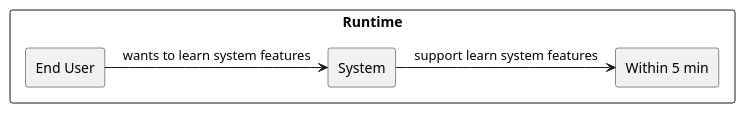
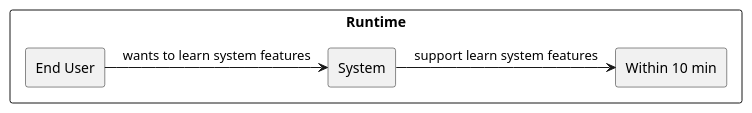
The fifth of 12 diagrams in src/sa/model/index.md (USI-MSDE-SA-2022/software-architecture-model-tmshts), drawn with PlantUML before and after one commit. The commit also changed other lines of this file, not shown here.

````diff
--- a/src/sa/model/index.md
+++ b/src/sa/model/index.md
@@ -354,20 +348,20 @@
 ```puml
 @startuml
 
 skinparam componentStyle rectangle
 skinparam monochrome true
 skinparam shadowing false
 
 rectangle "Runtime" {
 
 rectangle "End User" as Source
-rectangle "Within 5 min" as Measure
+rectangle "Within 10 min" as Measure
 
 Source -> [System] : "wants to learn system features"
 
 [System] -> [Measure] : "support learn system features"
 
 }
 
 @enduml
 ```
````
